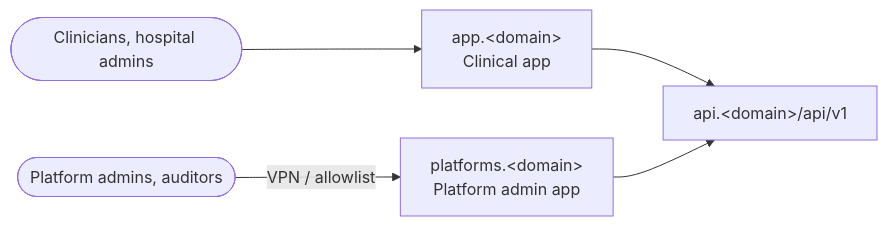
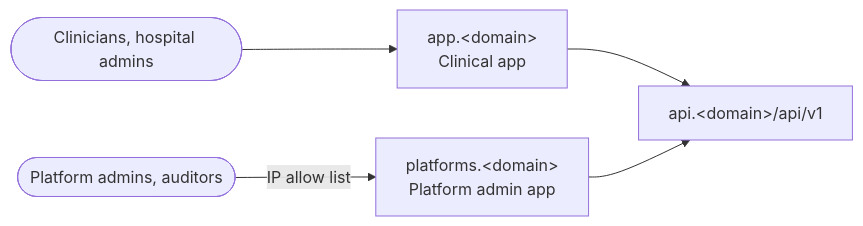
Before and after one commit to Measured-Health/mhai-web: the tenth of 10 diagrams in ARCHITECTURE.md, drawn with Mermaid. The commit also changed other lines of this file and 6 other files, not shown here.

````diff
--- a/ARCHITECTURE.md
+++ b/ARCHITECTURE.md
@@ -491,7 +491,7 @@
 ```mermaid
 flowchart LR
     u1([Clinicians, hospital admins]) --> cdn1["app.&lt;domain&gt;<br/>Clinical app"]
-    u2([Platform admins, auditors]) -->|VPN / allowlist| cdn2["platforms.&lt;domain&gt;<br/>Platform admin app"]
+    u2([Platform admins, auditors]) -->|IP allow list| cdn2["platforms.&lt;domain&gt;<br/>Platform admin app"]
     cdn1 --> api["api.&lt;domain&gt;/api/v1"]
     cdn2 --> api
 ```
````
